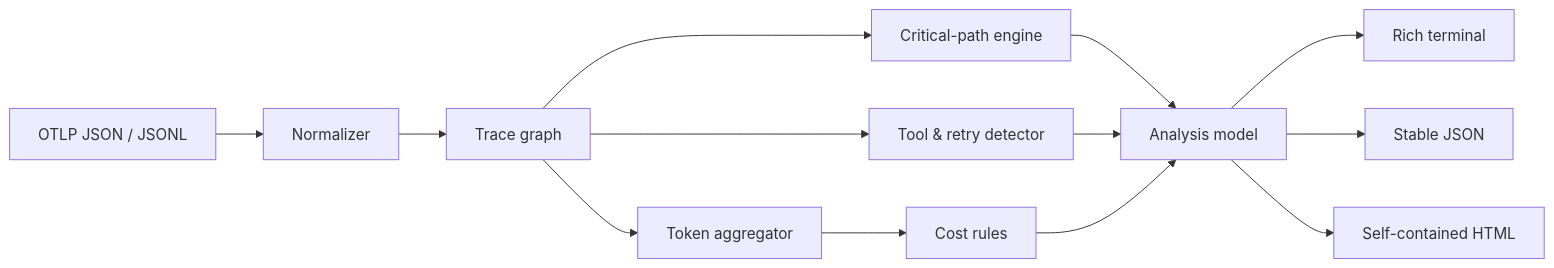
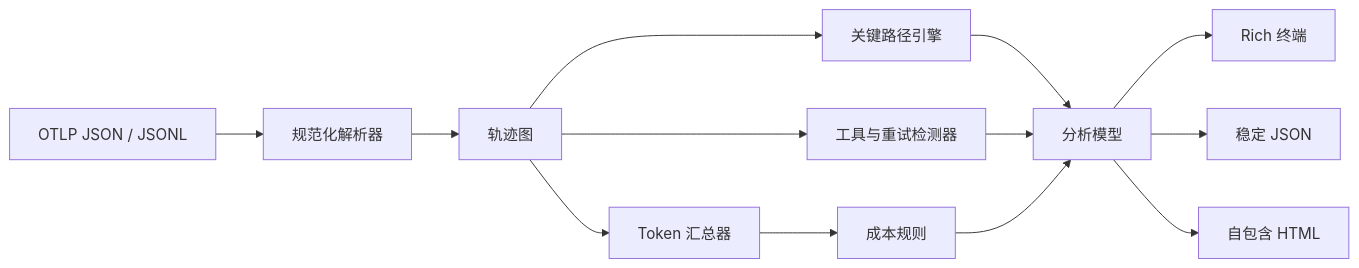
Before and after one commit to abc123dx/traceforge-otel: the diagram in README.md, drawn with Mermaid. The commit also changed other lines of this file and 21 other files, not shown here.

````diff
--- a/README.md
+++ b/README.md
@@ -122,15 +124,15 @@
 ```mermaid
 flowchart LR
-  A["OTLP JSON / JSONL"] --> B["Normalizer"]
-  B --> C["Trace graph"]
-  C --> D["Critical-path engine"]
-  C --> E["Tool & retry detector"]
-  C --> F["Token aggregator"]
-  F --> G["Cost rules"]
-  D --> H["Analysis model"]
+  A["OTLP JSON / JSONL"] --> B["规范化解析器"]
+  B --> C["轨迹图"]
+  C --> D["关键路径引擎"]
+  C --> E["工具与重试检测器"]
+  C --> F["Token 汇总器"]
+  F --> G["成本规则"]
+  D --> H["分析模型"]
   E --> H
   G --> H
-  H --> I["Rich terminal"]
-  H --> J["Stable JSON"]
-  H --> K["Self-contained HTML"]
+  H --> I["Rich 终端"]
+  H --> J["稳定 JSON"]
+  H --> K["自包含 HTML"]
 ```
````
